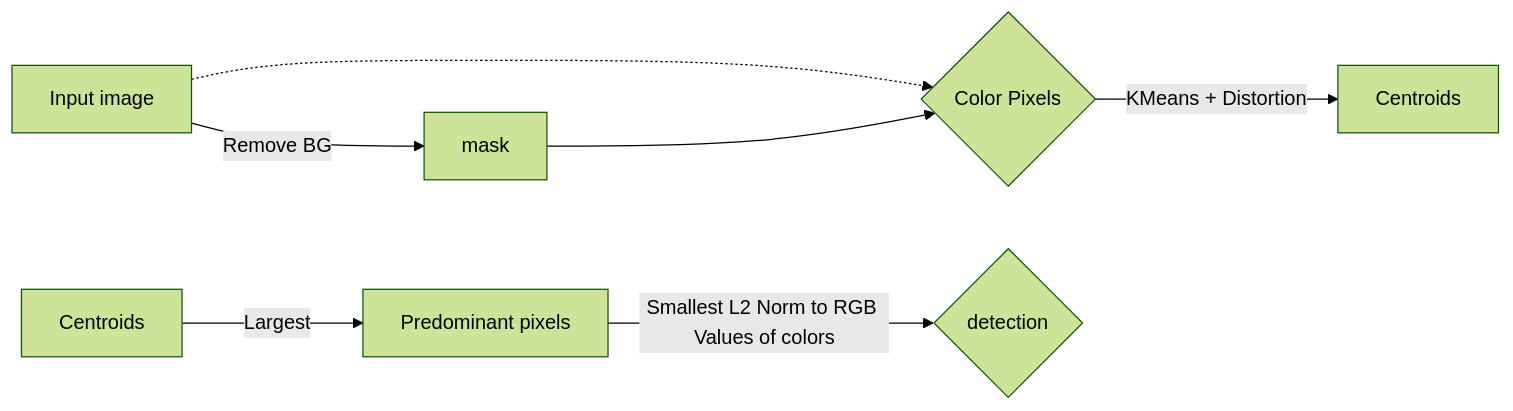
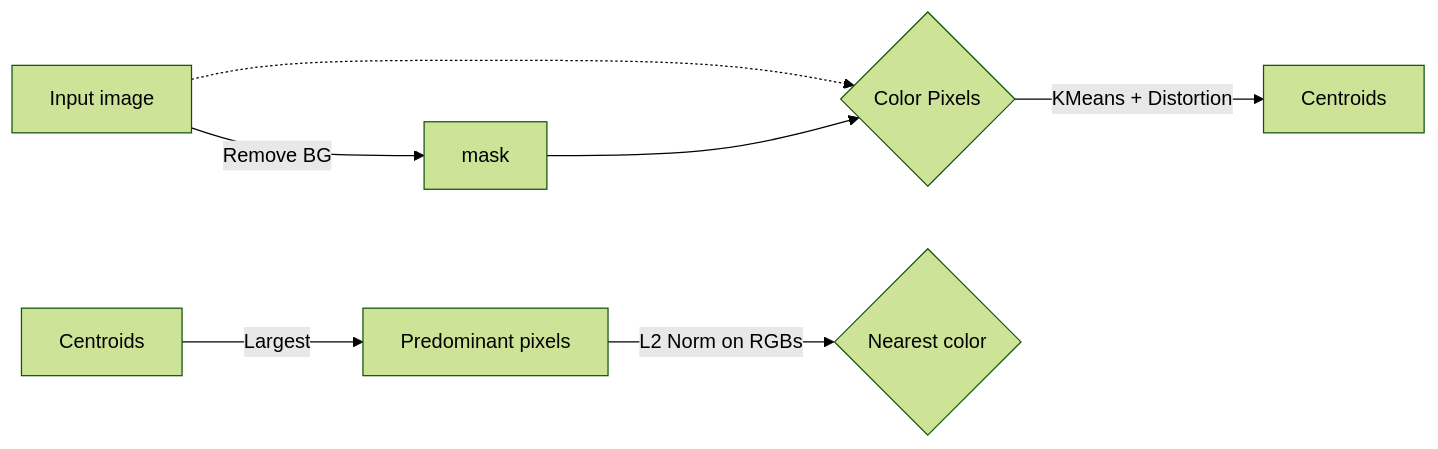
One commit to LauraMMelo/color-detector changed the diagram in README.md. Above: the diagram before and after it, drawn with Mermaid (forest theme).

````diff
--- a/README.md
+++ b/README.md
@@ -10,13 +10,13 @@
 ```mermaid
 graph LR
 
 A[Input image] .-> C((Mask))
 A -- Remove BG --> B[mask]
 B --> C{Color Pixels}
 C -- KMeans + Distortion --> D[Centroids]
 
 E[Centroids] -- Largest --> F[Predominant pixels]
-F -- Smallest L2 Norm to RGB Values of colors --> G{detection}
+F --  L2 Norm on RGBs --> G{Nearest color}
 
 
 ```
````
